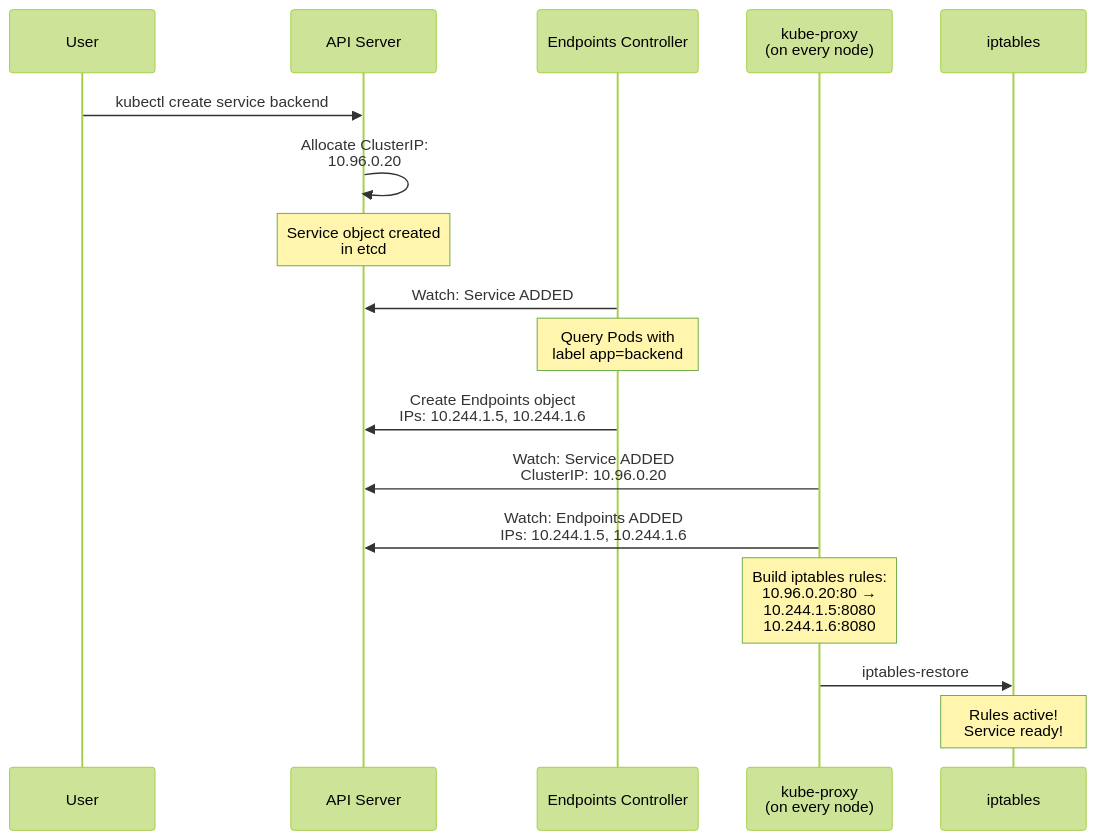
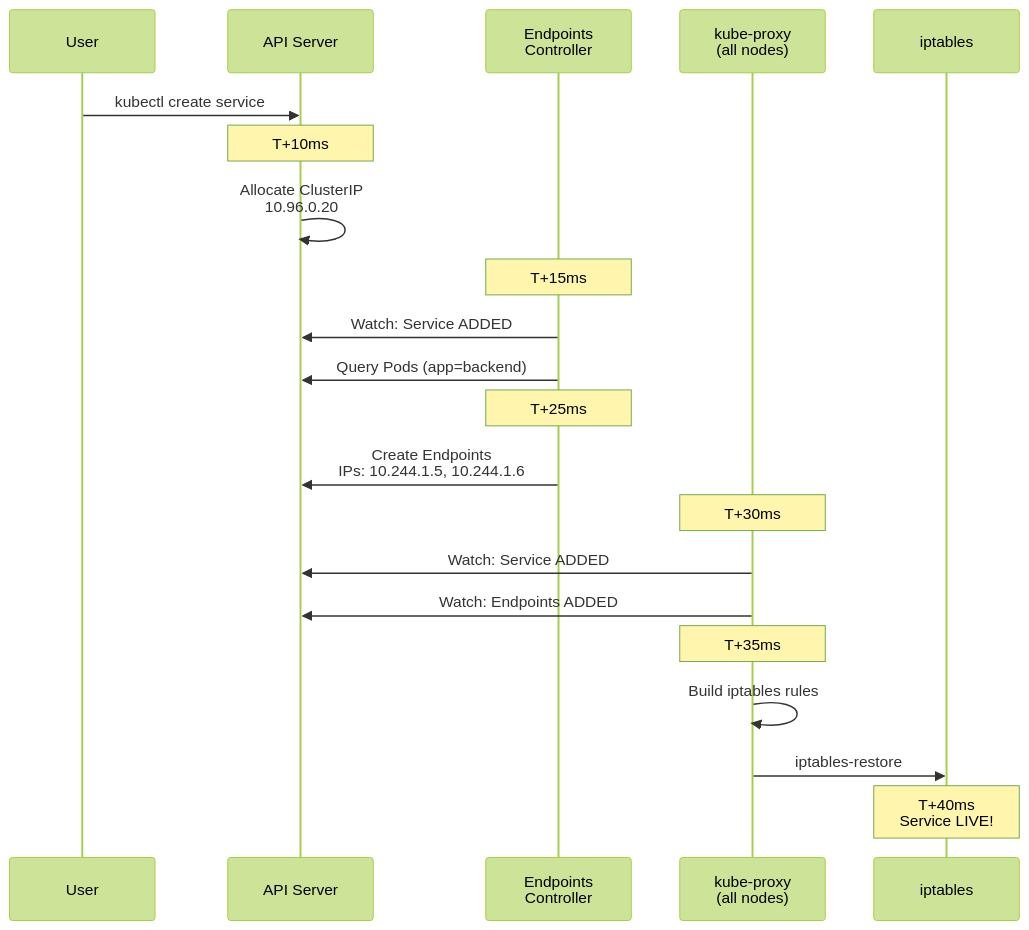
The seventh of 10 diagrams in k8s/02_Kubernetes_Services_Networking.md (Anmol33/SystemDesign), drawn with Mermaid (forest theme) before and after one commit. The commit also changed other lines of this file and 1 other file, not shown here.

First line of the commit message:
MAJOR REORGANIZATION: Transform Service networking into professional Medium-style post

````diff
--- a/k8s/02_Kubernetes_Services_Networking.md
+++ b/k8s/02_Kubernetes_Services_Networking.md
@@ -1042,25 +754,29 @@
 ```mermaid
 sequenceDiagram
     participant User
     participant API as API Server
-    participant EC as Endpoints Controller
-    participant KP as kube-proxy<br/>(on every node)
+    participant EC as Endpoints<br/>Controller
+    participant KP as kube-proxy<br/>(all nodes)
     participant IPT as iptables
 
-    User->>API: kubectl create service backend
-    API->>API: Allocate ClusterIP:<br/>10.96.0.20
-    Note over API: Service object created<br/>in etcd
+    User->>API: kubectl create service
+    Note over API: T+10ms
+    API->>API: Allocate ClusterIP<br/>10.96.0.20
     
+    Note over EC: T+15ms
     EC->>API: Watch: Service ADDED
-    Note over EC: Query Pods with<br/>label app=backend
+    EC->>API: Query Pods (app=backend)
     
-    EC->>API: Create Endpoints object<br/>IPs: 10.244.1.5, 10.244.1.6
+    Note over EC: T+25ms
+    EC->>API: Create Endpoints<br/>IPs: 10.244.1.5, 10.244.1.6
     
-    KP->>API: Watch: Service ADDED<br/>ClusterIP: 10.96.0.20
-    KP->>API: Watch: Endpoints ADDED<br/>IPs: 10.244.1.5, 10.244.1.6
+    Note over KP: T+30ms
+    KP->>API: Watch: Service ADDED
+    KP->>API: Watch: Endpoints ADDED
     
-    Note over KP: Build iptables rules:<br/>10.96.0.20:80 →<br/>10.244.1.5:8080<br/>10.244.1.6:8080
+    Note over KP: T+35ms
+    KP->>KP: Build iptables rules
+    KP->>IPT: iptables-restore
     
-    KP->>IPT: iptables-restore
-    Note over IPT: Rules active!<br/>Service ready!
+    Note over IPT: T+40ms<br/>Service LIVE!
 ```
````
